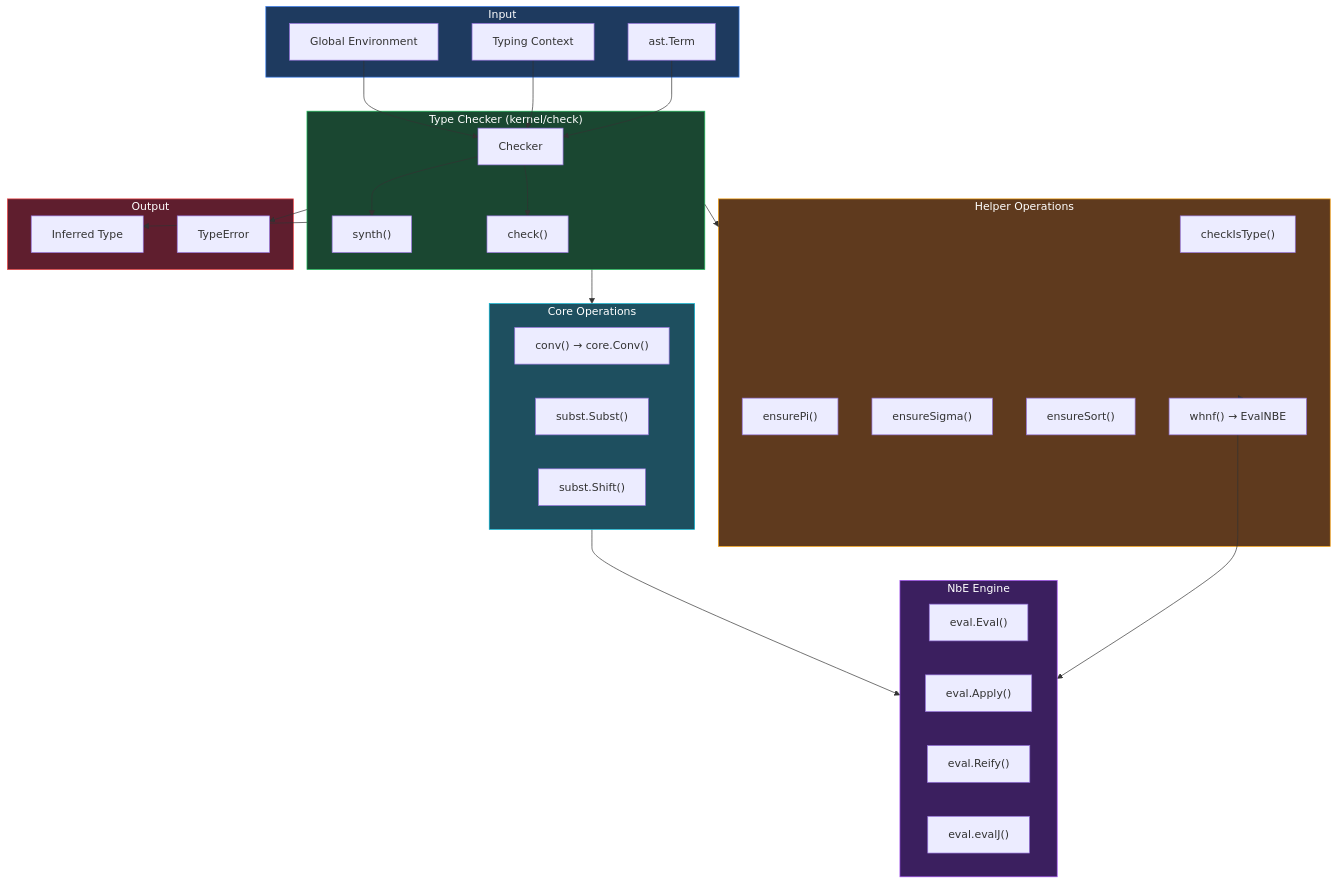
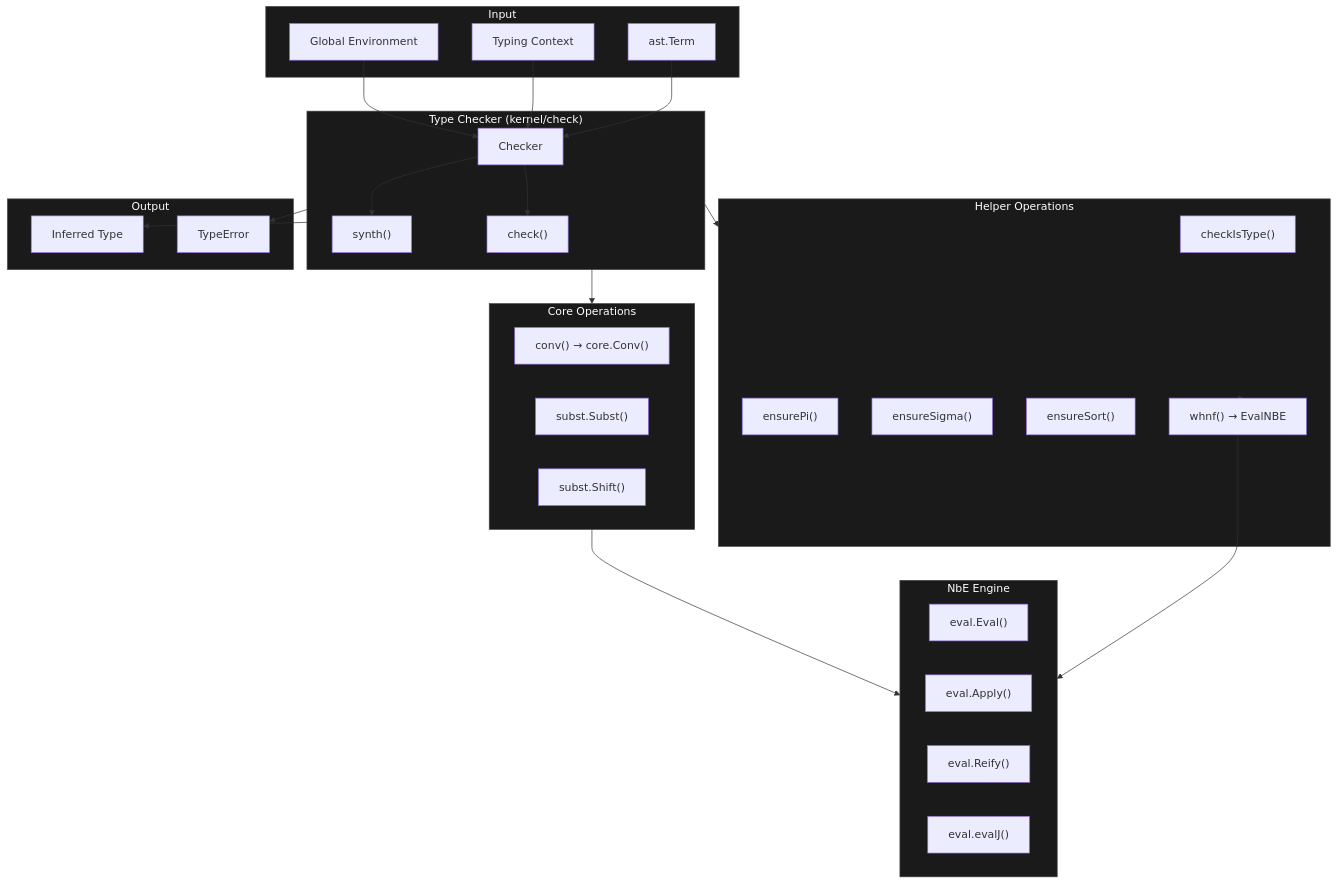
One commit to watchthelight/HypergraphGo changed diagram 22 of 23 in DIAGRAMS.md. Above: the diagram before and after it, drawn with Mermaid. The commit also changed other lines of this file, not shown here.

First line of the commit message:
docs(diagrams): use uniform dark color scheme

````diff
--- a/DIAGRAMS.md
+++ b/DIAGRAMS.md
@@ -1341,64 +1341,64 @@
 ```mermaid
 flowchart TB
     subgraph Input["Input"]
         Term["ast.Term"]
         Ctx["Typing Context"]
         Globals["Global Environment"]
     end
 
     subgraph TypeChecker["Type Checker (kernel/check)"]
         Checker["Checker"]
         Synth["synth()"]
         Check["check()"]
 
         Checker --> Synth
         Checker --> Check
     end
 
     subgraph Helpers["Helper Operations"]
         CheckIsType["checkIsType()"]
         EnsurePi["ensurePi()"]
         EnsureSigma["ensureSigma()"]
         EnsureSort["ensureSort()"]
         WHNF["whnf() → EvalNBE"]
     end
 
     subgraph CoreOps["Core Operations"]
         Conv["conv() → core.Conv()"]
         Subst["subst.Subst()"]
         Shift["subst.Shift()"]
     end
 
     subgraph NbE["NbE Engine"]
         Eval["eval.Eval()"]
         Apply["eval.Apply()"]
         Reify["eval.Reify()"]
         EvalJ["eval.evalJ()"]
     end
 
     subgraph Output["Output"]
         Type["Inferred Type"]
         Error["TypeError"]
     end
 
     Term --> Checker
     Ctx --> Checker
     Globals --> Checker
 
     TypeChecker --> Helpers
     TypeChecker --> CoreOps
 
     Helpers --> WHNF
     WHNF --> NbE
     CoreOps --> NbE
 
     TypeChecker --> Type
     TypeChecker --> Error
 
-    style Input fill:#1e3a5f,stroke:#3b82f6,color:#fff
-    style TypeChecker fill:#1a4731,stroke:#22c55e,color:#fff
-    style NbE fill:#3b1f5f,stroke:#a855f7,color:#fff
-    style Helpers fill:#5f3a1e,stroke:#f59e0b,color:#fff
-    style CoreOps fill:#1e4f5f,stroke:#06b6d4,color:#fff
-    style Output fill:#5f1e2e,stroke:#ef4444,color:#fff
+    style Input fill:#1a1a1a,stroke:#444,color:#fff
+    style TypeChecker fill:#1a1a1a,stroke:#444,color:#fff
+    style NbE fill:#1a1a1a,stroke:#444,color:#fff
+    style Helpers fill:#1a1a1a,stroke:#444,color:#fff
+    style CoreOps fill:#1a1a1a,stroke:#444,color:#fff
+    style Output fill:#1a1a1a,stroke:#444,color:#fff
 ```
````
